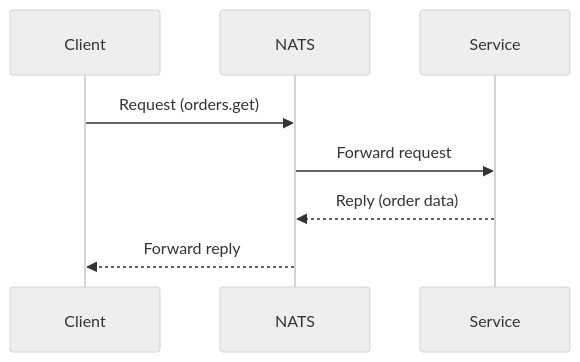
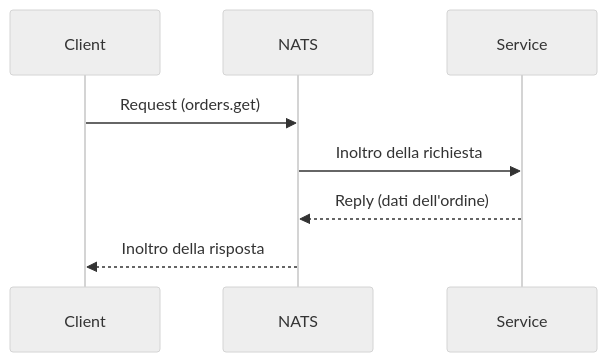
The fourth of 4 diagrams in i18n/it/docusaurus-plugin-content-docs/current/services/messaging/nats/concepts.md (HidoraSwiss/hikube-public-doc), drawn with Mermaid (neutral theme) before and after one commit. The commit also changed other lines of this file and 148 other files, not shown here.

````diff
--- a/i18n/it/docusaurus-plugin-content-docs/current/services/messaging/nats/concepts.md
+++ b/i18n/it/docusaurus-plugin-content-docs/current/services/messaging/nats/concepts.md
@@ -100,11 +96,11 @@
 ```mermaid
 sequenceDiagram
     participant Client
     participant NATS
     participant Service
 
     Client->>NATS: Request (orders.get)
-    NATS->>Service: Forward request
-    Service-->>NATS: Reply (order data)
-    NATS-->>Client: Forward reply
+    NATS->>Service: Inoltro della richiesta
+    Service-->>NATS: Reply (dati dell'ordine)
+    NATS-->>Client: Inoltro della risposta
 ```
````
